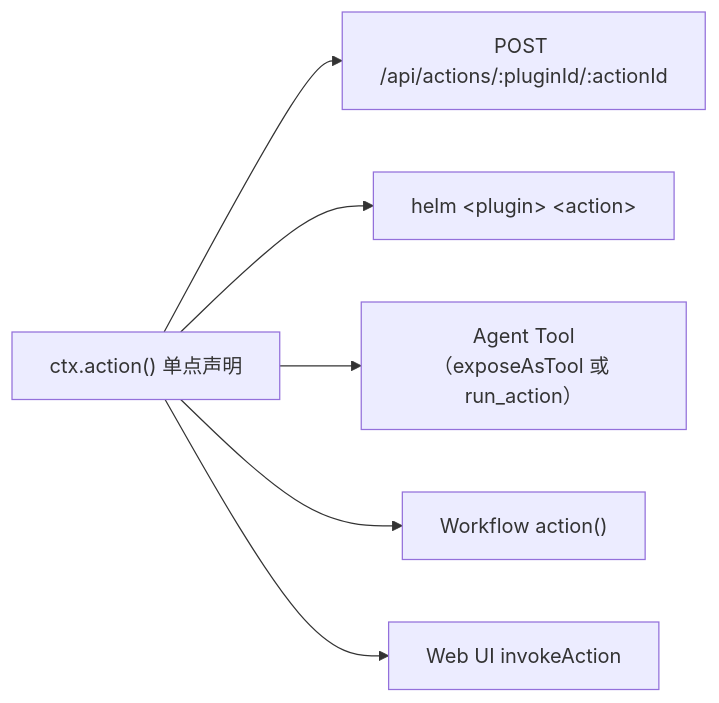
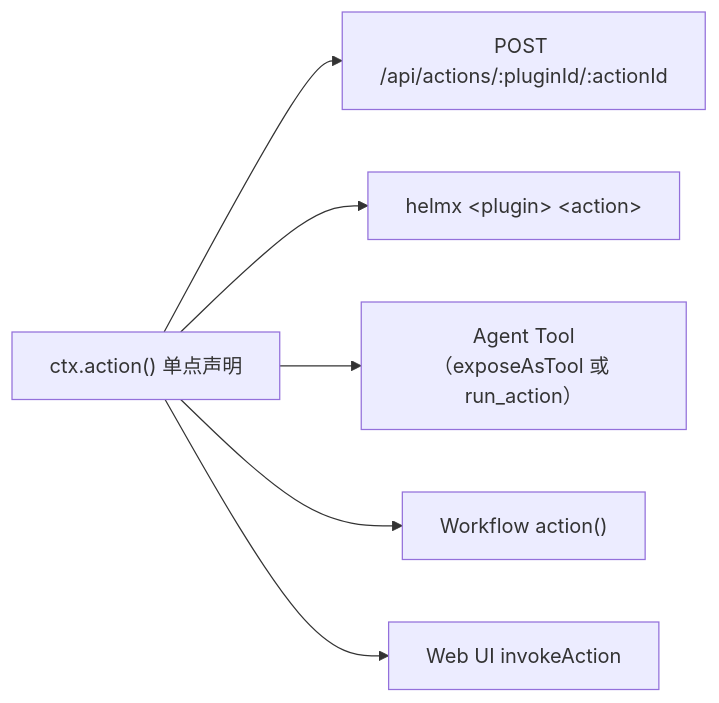
One commit to team4u/helm changed the third of 3 diagrams in docs/architecture/overview.md. Above: the diagram before and after it, drawn with Mermaid. The commit also changed other lines of this file and 34 other files, not shown here.

````diff
--- a/docs/architecture/overview.md
+++ b/docs/architecture/overview.md
@@ -149,8 +149,8 @@
 ```mermaid
 flowchart LR
     Action["ctx.action() 单点声明"] --> Http["POST /api/actions/:pluginId/:actionId"]
-    Action --> Cli["helm &lt;plugin&gt; &lt;action&gt;"]
+    Action --> Cli["helmx &lt;plugin&gt; &lt;action&gt;"]
     Action --> Tool["Agent Tool（exposeAsTool 或 run_action）"]
     Action --> Wf["Workflow action()"]
     Action --> Web["Web UI invokeAction"]
 ```
````
